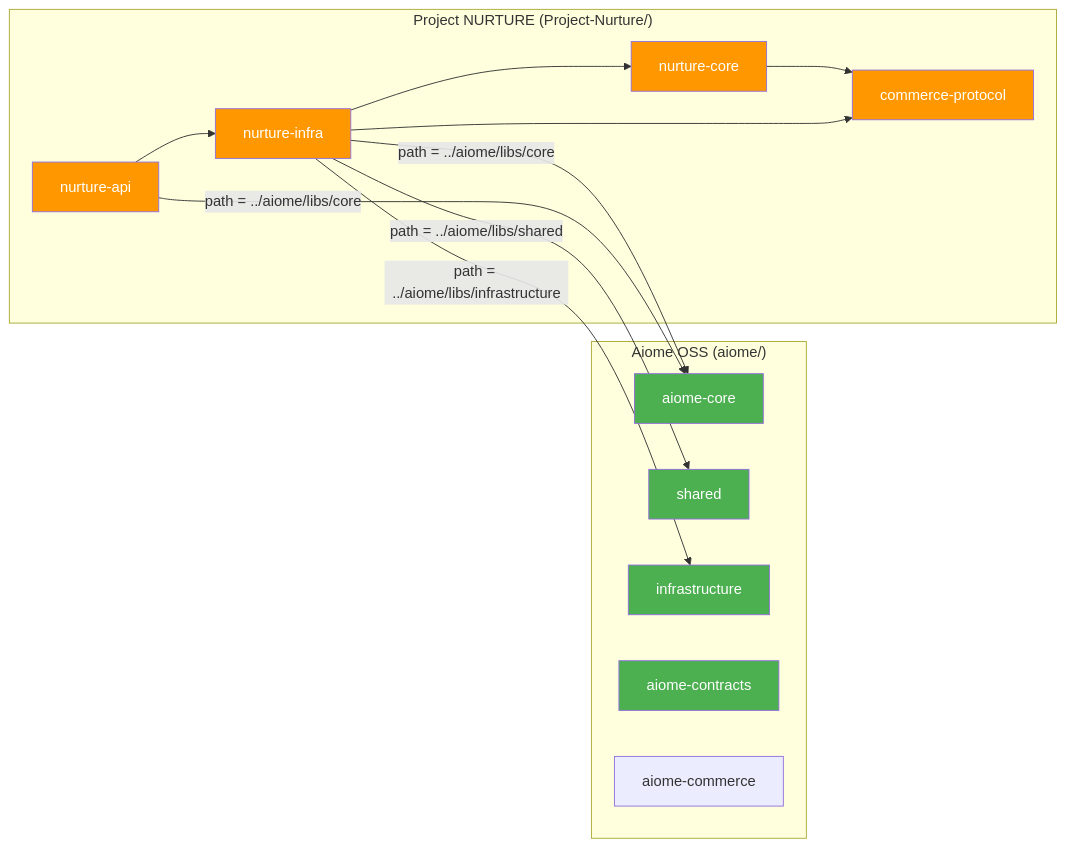
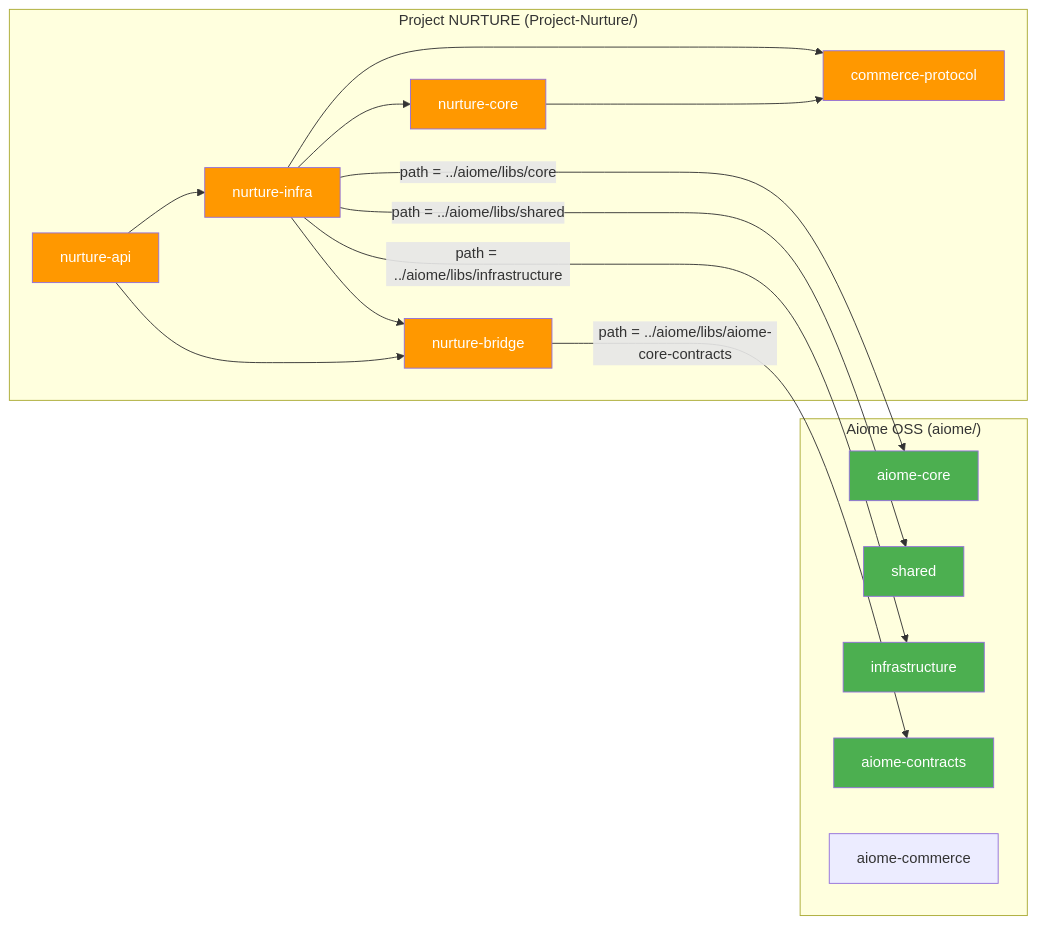
The second of 13 diagrams in docs/architecture/AIOME_NURTURE_SYNERGY.md (for4xex-droid/modular-open-claw), drawn with Mermaid before and after one commit. The commit also changed other lines of this file and 49 other files, not shown here.

````diff
--- a/docs/architecture/AIOME_NURTURE_SYNERGY.md
+++ b/docs/architecture/AIOME_NURTURE_SYNERGY.md
@@ -214,36 +214,40 @@
 ```mermaid
 graph LR
     subgraph "Aiome OSS (aiome/)"
         AC[aiome-core]
         SH[shared]
         INF[infrastructure]
         CONTRACTS[aiome-contracts]
         COMMERCE[aiome-commerce]
     end
 
     subgraph "Project NURTURE (Project-Nurture/)"
         CP[commerce-protocol]
         NC[nurture-core]
         NI[nurture-infra]
+        NB[nurture-bridge]
         NA[nurture-api]
     end
 
     NA --> NI
     NI --> NC
     NC --> CP
     NI --> CP
+    NA --> NB
+    NI --> NB
 
     NI -->|"path = ../aiome/libs/core"| AC
     NI -->|"path = ../aiome/libs/shared"| SH
     NI -->|"path = ../aiome/libs/infrastructure"| INF
-    NA -->|"path = ../aiome/libs/core"| AC
+    NB -->|"path = ../aiome/libs/aiome-core-contracts"| CONTRACTS
 
     style AC fill:#4CAF50,color:white
     style SH fill:#4CAF50,color:white
     style INF fill:#4CAF50,color:white
     style CONTRACTS fill:#4CAF50,color:white
     style CP fill:#FF9800,color:white
     style NC fill:#FF9800,color:white
     style NI fill:#FF9800,color:white
     style NA fill:#FF9800,color:white
+    style NB fill:#FF9800,color:white
 ```
````
